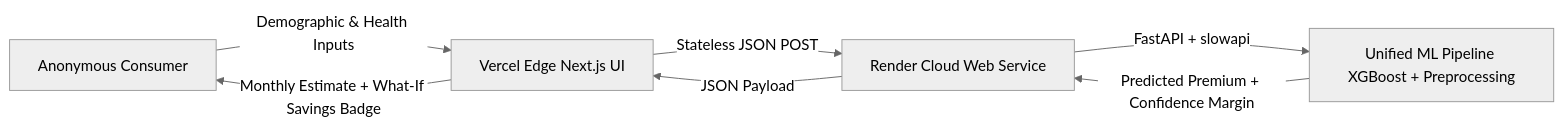
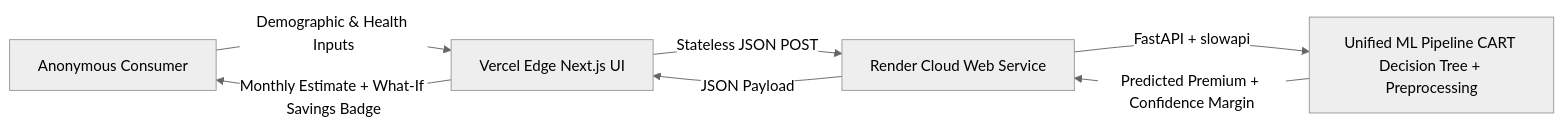
Before and after one commit to Sayan-pixel/DeltaCare: the diagram in README.md, drawn with Mermaid (neutral theme). The commit also changed other lines of this file and 23 other files, not shown here.

First line of the commit message:
refactor(ml): migrate architecture from XGBoost to CART Decision Tree Regressor (#23)

````diff
--- a/README.md
+++ b/README.md
@@ -31,9 +31,9 @@
 ```mermaid
 flowchart LR
     A[Anonymous Consumer] -->|Demographic & Health Inputs| B[Vercel Edge Next.js UI]
     B -->|Stateless JSON POST| C[Render Cloud Web Service]
-    C -->|FastAPI + slowapi| D[Unified ML Pipeline XGBoost + Preprocessing]
+    C -->|FastAPI + slowapi| D[Unified ML Pipeline CART Decision Tree + Preprocessing]
     D -->|Predicted Premium + Confidence Margin| C
     C -->|JSON Payload| B
     B -->|Monthly Estimate + What-If Savings Badge| A
 ```
````
